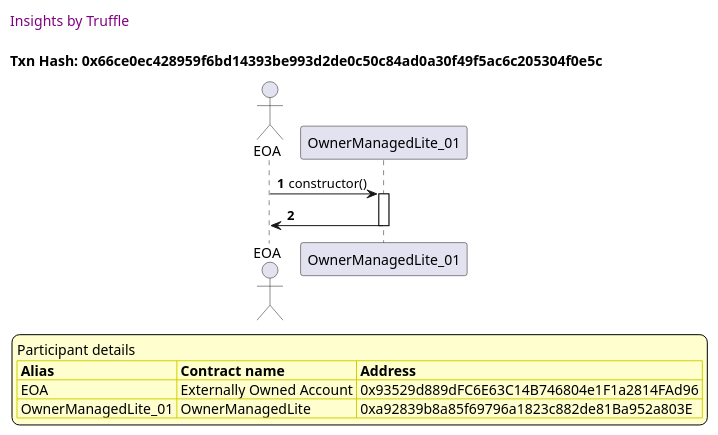
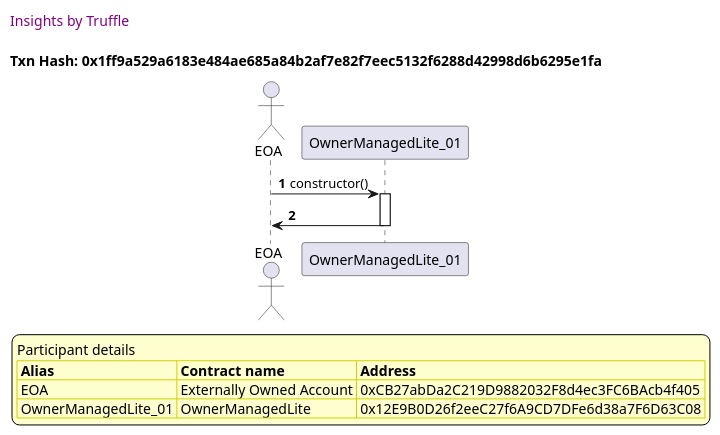
One commit to thedarkjester/ConsensysAssignment changed the eighth of 9 diagrams in truffle-seq/OwnerManagedLite_test_add_state.md. Above: the diagram before and after it, drawn with PlantUML. The commit also changed other lines of this file and 13 other files, not shown here.

````diff
--- a/truffle-seq/OwnerManagedLite_test_add_state.md
+++ b/truffle-seq/OwnerManagedLite_test_add_state.md
@@ -351,37 +351,37 @@
 ```plantuml
 
 
 @startuml
 
 autonumber
 skinparam legendBackgroundColor #FEFECE
 
 <style>
       header {
         HorizontalAlignment left
         FontColor purple
         FontSize 14
         Padding 10
       }
     </style>
 
 header Insights by Truffle
 
-title Txn Hash: 0x66ce0ec428959f6bd14393be993d2de0c50c84ad0a30f49f5ac6c205304f0e5c
+title Txn Hash: 0x1ff9a529a6183e484ae685a84b2af7e82f7eec5132f6288d42998d6b6295e1fa
 
 
 actor EOA as "EOA"
 participant OwnerManagedLite_01 as "OwnerManagedLite_01"
 
 "EOA" -> "OwnerManagedLite_01" ++: constructor()
 "OwnerManagedLite_01" -> "EOA" --: 
 
 legend
 Participant details
 <#FEFECE,#D0D000>|= Alias |= Contract name |= Address |
-<#FEFECE>| EOA | Externally Owned Account | 0x93529d889dFC6E63C14B746804e1F1a2814FAd96 |
-<#FEFECE>| OwnerManagedLite_01 | OwnerManagedLite | 0xa92839b8a85f69796a1823c882de81Ba952a803E |
+<#FEFECE>| EOA | Externally Owned Account | 0xCB27abDa2C219D9882032F8d4ec3FC6BAcb4f405 |
+<#FEFECE>| OwnerManagedLite_01 | OwnerManagedLite | 0x12E9B0D26f2eeC27f6A9CD7DFe6d38a7F6D63C08 |
 endlegend
 
 @enduml
 ```
````
